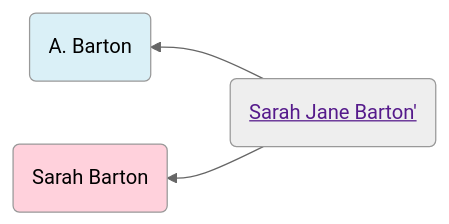
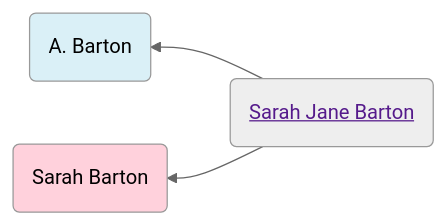
Before and after one commit to neelsmith/avocational: the first of 2 diagrams in familyhistory/sources/people/Neel-line/Sarah_Jane_Barton.qmd, drawn with Mermaid (neutral theme). The commit also changed other lines of this file and 96 other files, not shown here.

````diff
--- a/familyhistory/sources/people/Neel-line/Sarah_Jane_Barton.qmd
+++ b/familyhistory/sources/people/Neel-line/Sarah_Jane_Barton.qmd
@@ -26,12 +26,12 @@
 ```{mermaid}
 graph RL
 %% RL ancestor diagram
-Sarah_Jane_Barton(<a href=''>Sarah Jane Barton'</>) -->  A._Barton(A. Barton)
+Sarah_Jane_Barton(<a href=''>Sarah Jane Barton</a>) -->  A._Barton(A. Barton)
 class A._Barton father
-Sarah_Jane_Barton(<a href=''>Sarah Jane Barton'</>)  --> Sarah_Barton(Sarah Barton)
+Sarah_Jane_Barton(<a href=''>Sarah Jane Barton</a>)  --> Sarah_Barton(Sarah Barton)
 class Sarah_Barton mother
 classDef mother fill:#ffd1dc
 classDef father fill:#daf0f7  
 classDef marriage fill:#ffffff
 
 ```
````
